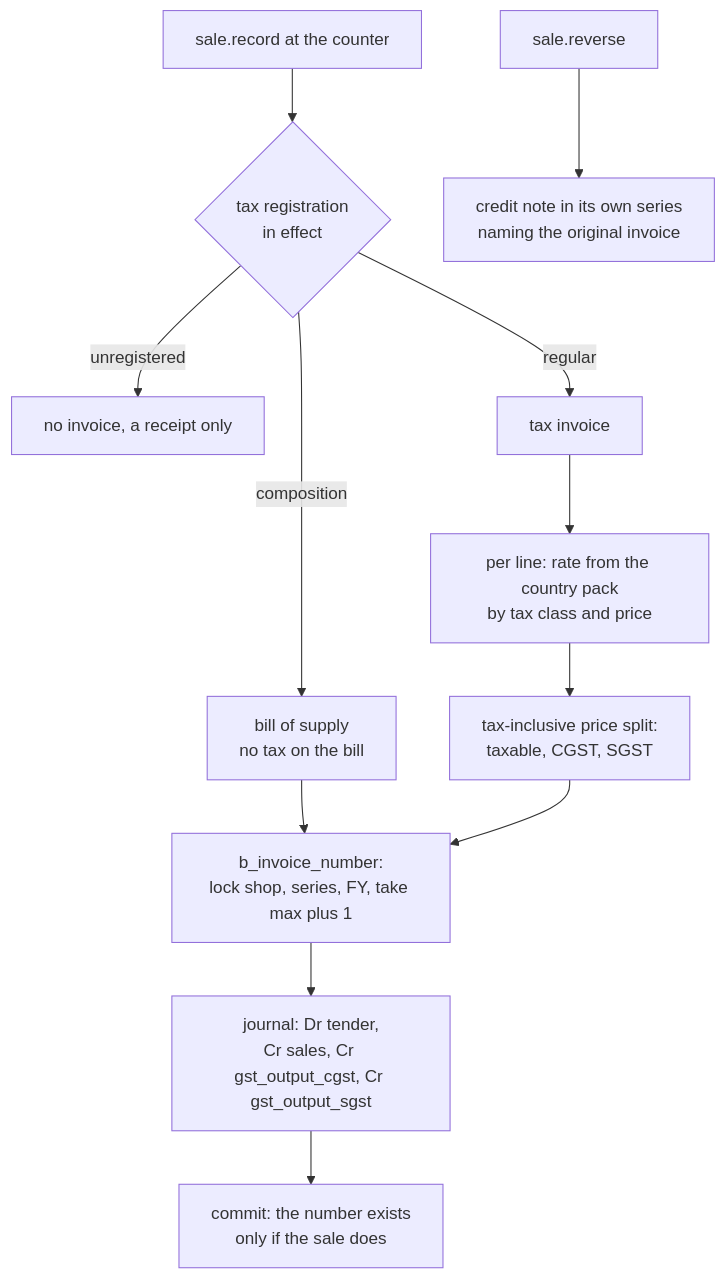
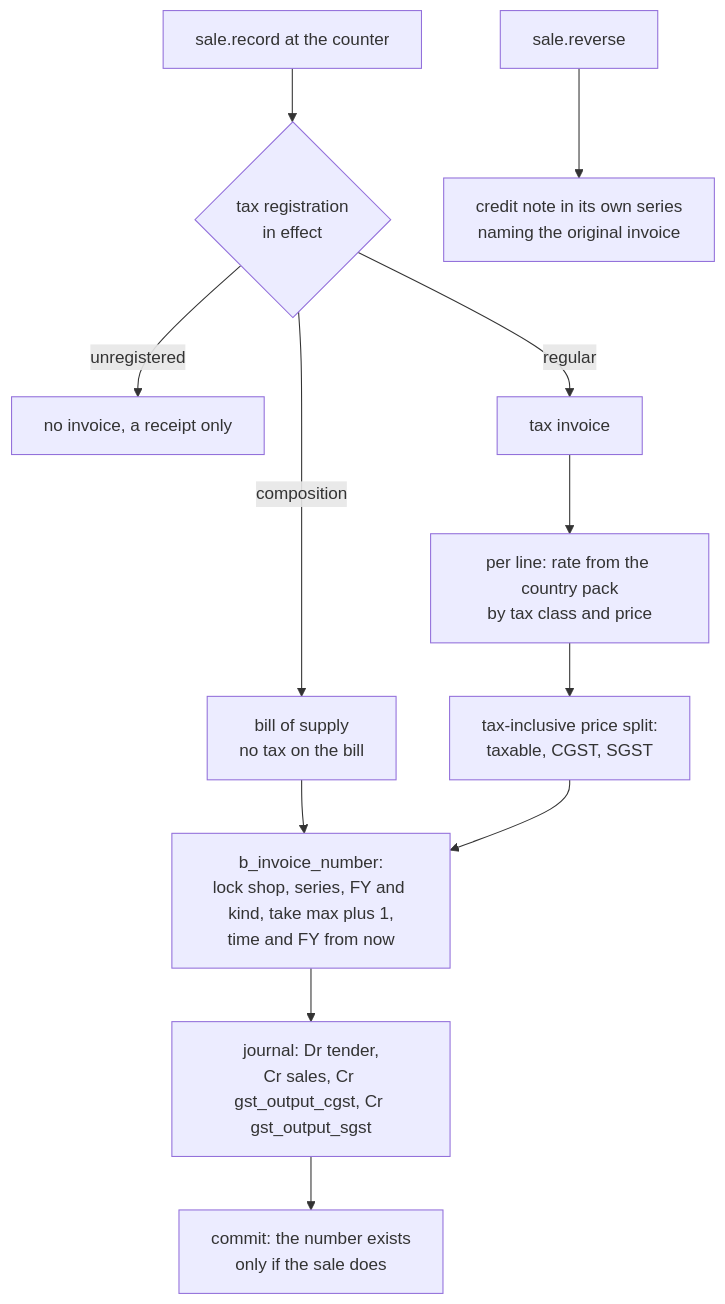
One commit to SawhneySatvik/munshi changed diagram 18 of 19 in docs/BLUEPRINT.md. Above: the diagram before and after it, drawn with Mermaid. The commit also changed other lines of this file, not shown here.

````diff
--- a/docs/BLUEPRINT.md
+++ b/docs/BLUEPRINT.md
@@ -1996,14 +2234,14 @@
 ```mermaid
 flowchart TB
   s["sale.record at the counter"] --> r{"tax registration<br/>in effect"}
   r -- "unregistered" --> n["no invoice, a receipt only"]
   r -- "composition" --> b["bill of supply<br/>no tax on the bill"]
   r -- "regular" --> t["tax invoice"]
   t --> l["per line: rate from the country pack<br/>by tax class and price"]
   l --> x["tax-inclusive price split:<br/>taxable, CGST, SGST"]
-  b --> num["b_invoice_number:<br/>lock shop, series, FY, take max plus 1"]
+  b --> num["b_invoice_number:<br/>lock shop, series, FY and kind, take max plus 1,<br/>time and FY from now"]
   x --> num
   num --> j["journal: Dr tender,<br/>Cr sales, Cr gst_output_cgst, Cr gst_output_sgst"]
   j --> c["commit: the number exists<br/>only if the sale does"]
   rev["sale.reverse"] --> cn["credit note in its own series<br/>naming the original invoice"]
 ```
````
